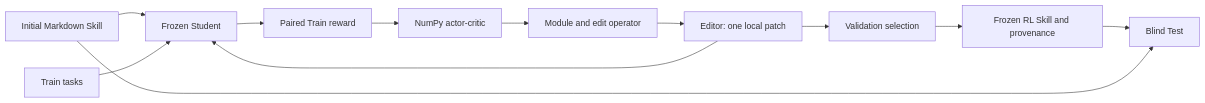
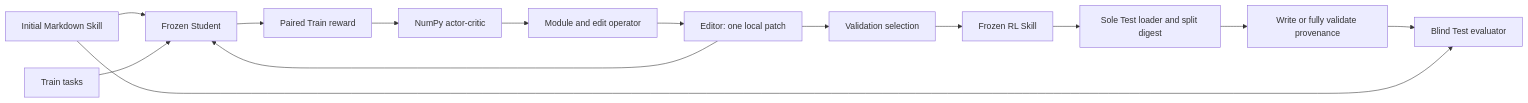
The diagram in ARCHITECTURE.md (huangchenyi2002/RL-Skill-Edit), drawn with Mermaid before and after one commit. The commit also changed other lines of this file and 5 other files, not shown here.

````diff
--- a/ARCHITECTURE.md
+++ b/ARCHITECTURE.md
@@ -5,14 +5,16 @@
 ```mermaid
 flowchart LR
     I["Initial Markdown Skill"] --> S["Frozen Student"]
     TR["Train tasks"] --> S
     S --> R["Paired Train reward"]
     R --> P["NumPy actor-critic"]
     P --> A["Module and edit operator"]
     A --> E["Editor: one local patch"]
     E --> S
     E --> V["Validation selection"]
-    V --> F["Frozen RL Skill and provenance"]
-    F --> T["Blind Test"]
+    V --> F["Frozen RL Skill"]
+    F --> L["Sole Test loader and split digest"]
+    L --> B["Write or fully validate provenance"]
+    B --> T["Blind Test evaluator"]
     I --> T
 ```
````
